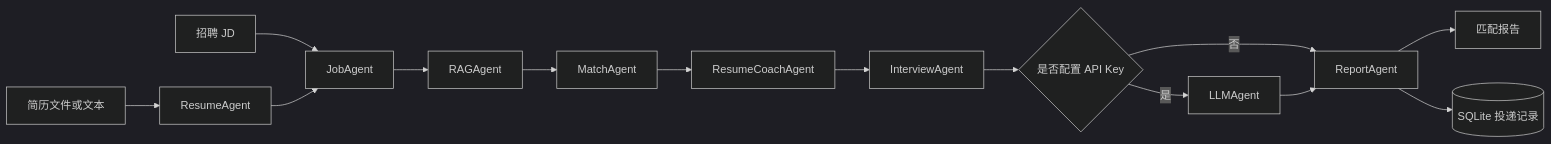
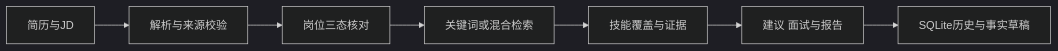
One commit to cc123-king/career-pilot-agent changed the diagram in README.md. Above: the diagram before and after it, drawn with Mermaid (dark theme). The commit also changed other lines of this file and 211 other files, not shown here.

````diff
--- a/README.md
+++ b/README.md
@@ -23,16 +10,9 @@
 ```mermaid
 flowchart LR
-    A[简历文件或文本] --> B[ResumeAgent]
-    J[招聘 JD] --> C[JobAgent]
-    B --> C
-    C --> D[RAGAgent]
-    D --> E[MatchAgent]
-    E --> F[ResumeCoachAgent]
-    F --> G[InterviewAgent]
-    G --> H{是否配置 API Key}
-    H -- 是 --> I[LLMAgent]
-    H -- 否 --> K[ReportAgent]
-    I --> K
-    K --> L[匹配报告]
-    K --> M[(SQLite 投递记录)]
+    D[简历与JD] --> P[解析与来源校验]
+    P --> H[岗位三态核对]
+    H --> R[关键词或混合检索]
+    R --> M[技能覆盖与证据]
+    M --> A[建议 面试与报告]
+    A --> S[SQLite历史与事实草稿]
 ```
````
